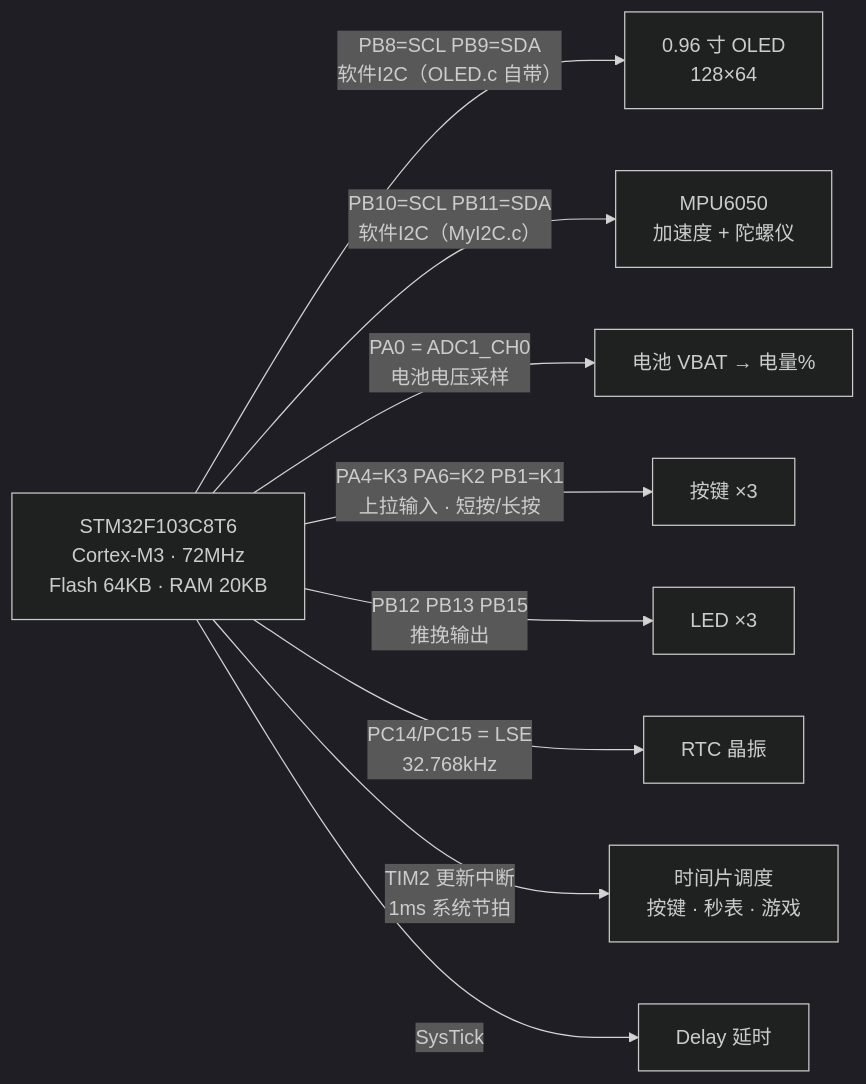
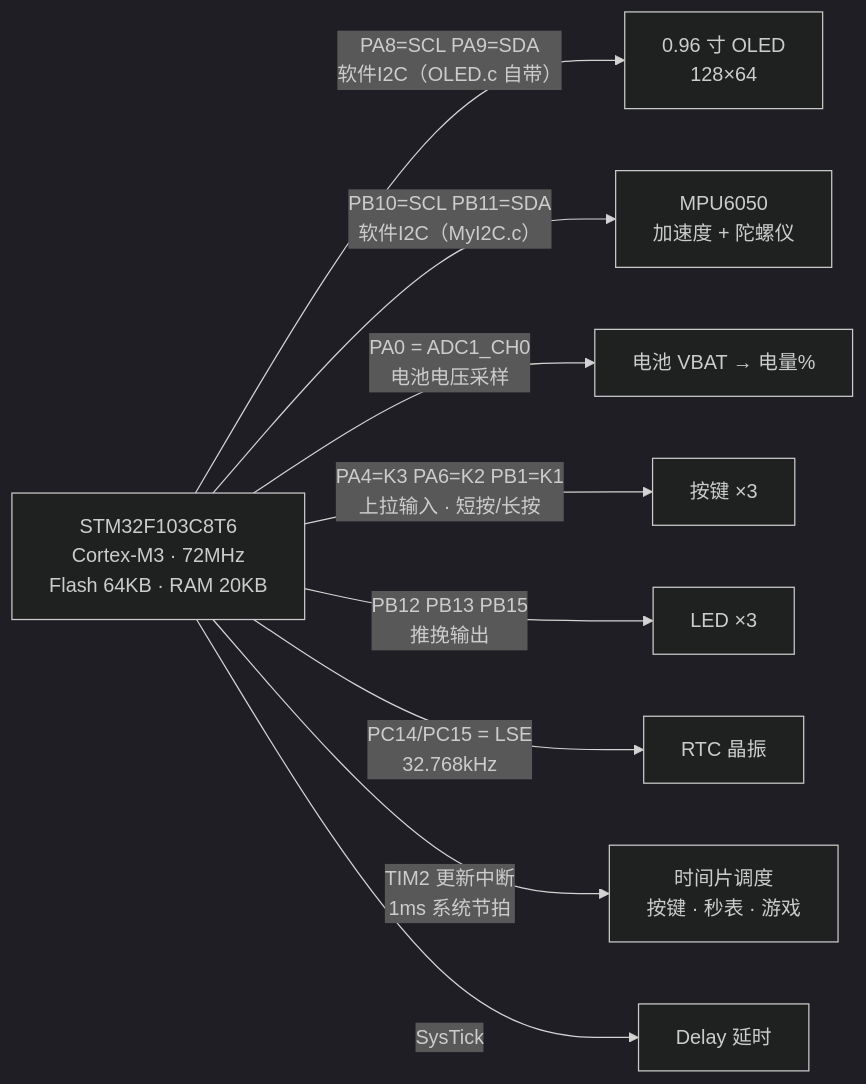
The second of 2 diagrams in ARCHITECTURE.md (Ghdhdhhake/WatchTEST), drawn with Mermaid (dark theme) before and after one commit. The commit also changed other lines of this file and 71 other files, not shown here.

````diff
--- a/ARCHITECTURE.md
+++ b/ARCHITECTURE.md
@@ -131,13 +131,13 @@
 ```mermaid
 flowchart LR
     MCU["STM32F103C8T6<br/>Cortex-M3 · 72MHz<br/>Flash 64KB · RAM 20KB"]
 
-    MCU -->|"PB8=SCL  PB9=SDA<br/>软件I2C（OLED.c 自带）"| O1["0.96 寸 OLED<br/>128×64"]
+    MCU -->|"PA8=SCL  PA9=SDA<br/>软件I2C（OLED.c 自带）"| O1["0.96 寸 OLED<br/>128×64"]
     MCU -->|"PB10=SCL  PB11=SDA<br/>软件I2C（MyI2C.c）"| O2["MPU6050<br/>加速度 + 陀螺仪"]
     MCU -->|"PA0 = ADC1_CH0<br/>电池电压采样"| O3["电池 VBAT → 电量%"]
     MCU -->|"PA4=K3  PA6=K2  PB1=K1<br/>上拉输入 · 短按/长按"| O4["按键 ×3"]
     MCU -->|"PB12  PB13  PB15<br/>推挽输出"| O5["LED ×3"]
     MCU -->|"PC14/PC15 = LSE<br/>32.768kHz"| O6["RTC 晶振"]
     MCU -->|"TIM2 更新中断<br/>1ms 系统节拍"| O7["时间片调度<br/>按键 · 秒表 · 游戏"]
     MCU -->|"SysTick"| O8["Delay 延时"]
 ```
````
